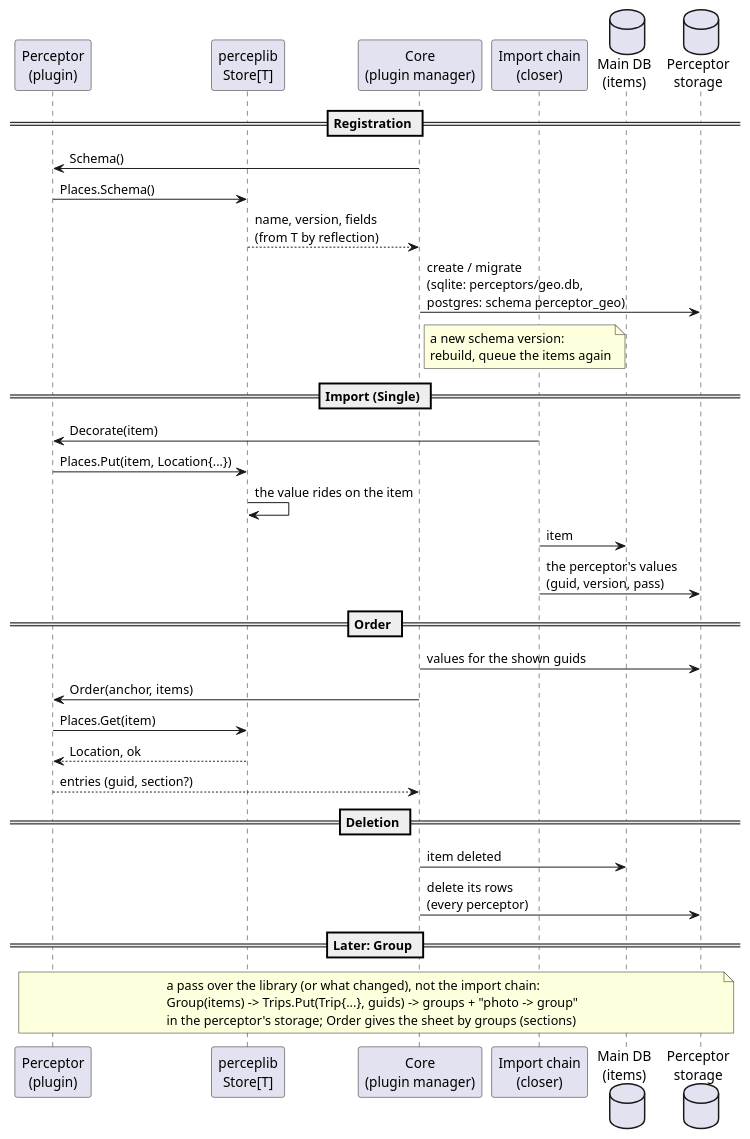
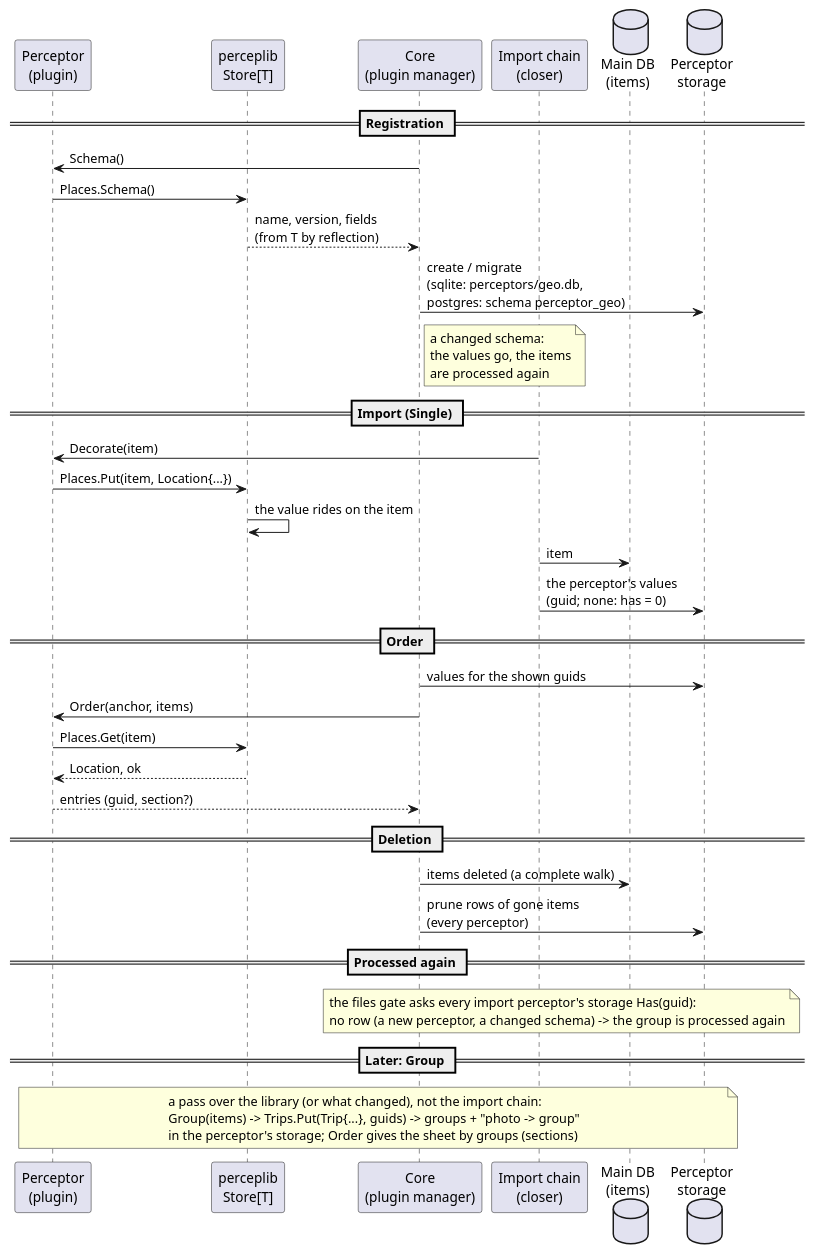
The diagram in _sb/puml/Perceptor data.puml (eggs-gd/Perceptrail), drawn with PlantUML before and after one commit. The commit also changed 5 other files, not shown here.

```diff
--- a/_sb/puml/Perceptor data.puml
+++ b/_sb/puml/Perceptor data.puml
@@ -1,39 +1,42 @@
 @startuml Perceptor data
 ' Perceptor data: the plugin declares a struct, the core keeps the storage.
 ' SQLite: a file per perceptor; Postgres: a schema per perceptor.
 
 participant "Perceptor\n(plugin)" as P
 participant "perceplib\nStore[T]" as S
 participant "Core\n(plugin manager)" as Core
 participant "Import chain\n(closer)" as Chain
 database "Main DB\n(items)" as DB
 database "Perceptor\nstorage" as PDB
 
 == Registration ==
 Core -> P: Schema()
 P -> S: Places.Schema()
 S --> Core: name, version, fields\n(from T by reflection)
 Core -> PDB: create / migrate\n(sqlite: perceptors/geo.db,\npostgres: schema perceptor_geo)
-note right of Core: a new schema version:\nrebuild, queue the items again
+note right of Core: a changed schema:\nthe values go, the items\nare processed again
 
 == Import (Single) ==
 Chain -> P: Decorate(item)
 P -> S: Places.Put(item, Location{...})
 S -> S: the value rides on the item
 Chain -> DB: item
-Chain -> PDB: the perceptor's values\n(guid, version, pass)
+Chain -> PDB: the perceptor's values\n(guid; none: has = 0)
 
 == Order ==
 Core -> PDB: values for the shown guids
 Core -> P: Order(anchor, items)
 P -> S: Places.Get(item)
 S --> P: Location, ok
 P --> Core: entries (guid, section?)
 
 == Deletion ==
-Core -> DB: item deleted
-Core -> PDB: delete its rows\n(every perceptor)
+Core -> DB: items deleted (a complete walk)
+Core -> PDB: prune rows of gone items\n(every perceptor)
+
+== Processed again ==
+note over Core, PDB: the files gate asks every import perceptor's storage Has(guid):\nno row (a new perceptor, a changed schema) -> the group is processed again
 
 == Later: Group ==
 note over P, PDB: a pass over the library (or what changed), not the import chain:\nGroup(items) -> Trips.Put(Trip{...}, guids) -> groups + "photo -> group"\nin the perceptor's storage; Order gives the sheet by groups (sections)
 @enduml
```
